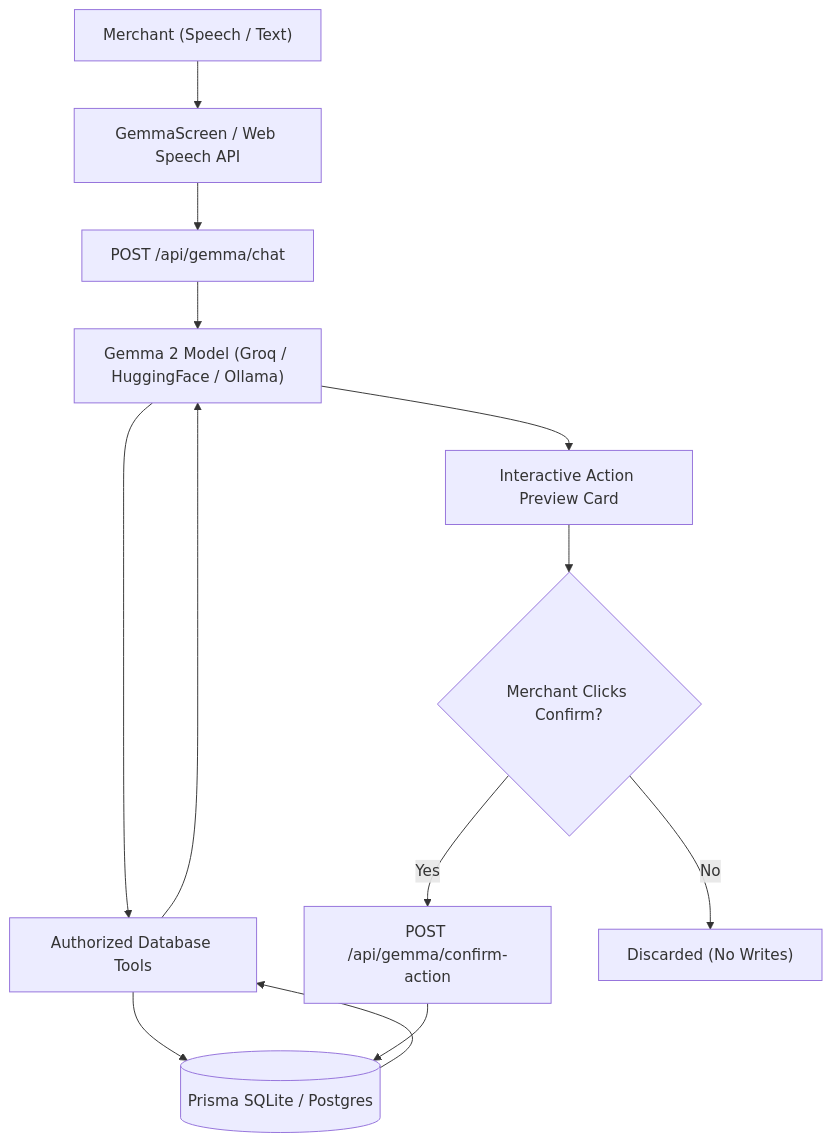
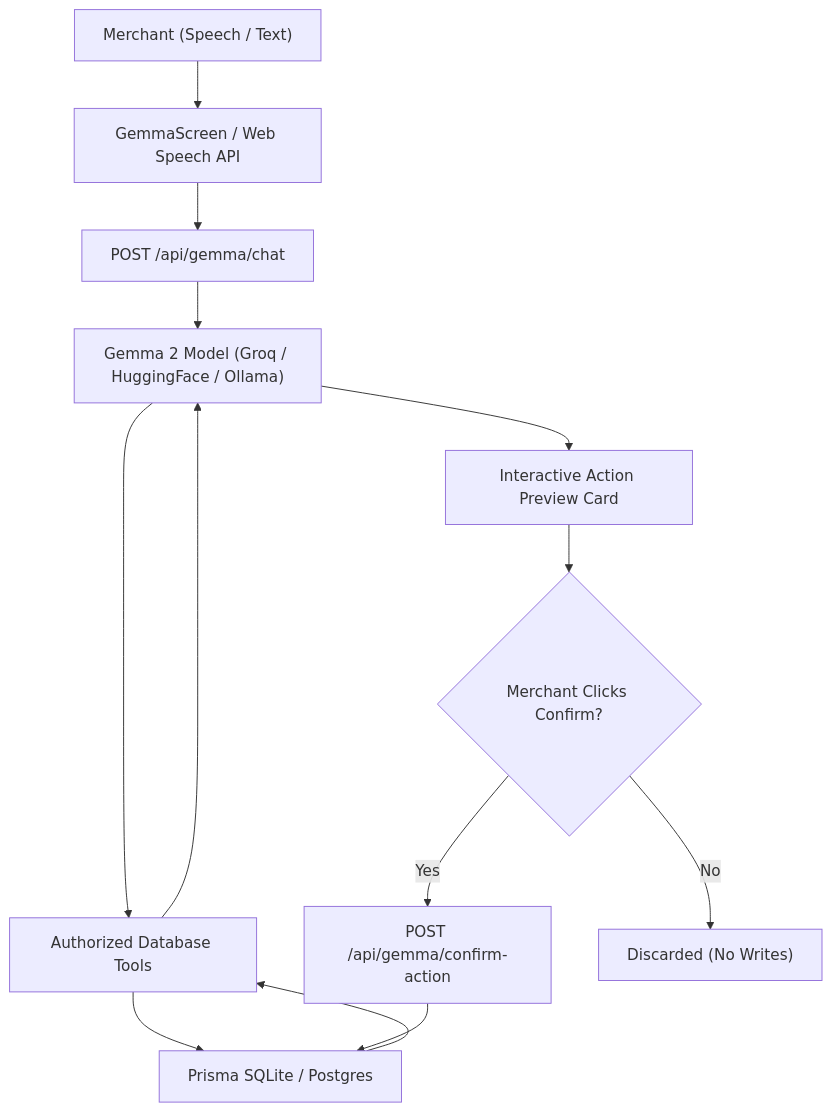
The diagram in README.md (Nitu-Bathyal/TalkLedger), drawn with Mermaid before and after one commit.

Commit message:
Fix Mermaid diagram rendering in README

````diff
--- a/README.md
+++ b/README.md
@@ -157,15 +157,15 @@
 ```mermaid
 flowchart TD
     User["Merchant (Speech / Text)"] --> UI["GemmaScreen / Web Speech API"]
     UI --> API["POST /api/gemma/chat"]
     API --> Gemma["Gemma 2 Model (Groq / HuggingFace / Ollama)"]
     Gemma --> Tools["Authorized Database Tools"]
-    Tools --> DB[("Prisma SQLite / Postgres")]
+    Tools --> DB["Prisma SQLite / Postgres"]
     DB --> Tools
     Tools --> Gemma
     Gemma --> Preview["Interactive Action Preview Card"]
     Preview --> Confirm{"Merchant Clicks Confirm?"}
-    Confirm -- Yes --> Commit["POST /api/gemma/confirm-action"]
+    Confirm -->|Yes| Commit["POST /api/gemma/confirm-action"]
     Commit --> DB
-    Confirm -- No --> Cancel["Discarded (No Writes)"]
+    Confirm -->|No| Cancel["Discarded (No Writes)"]
 ```
````
